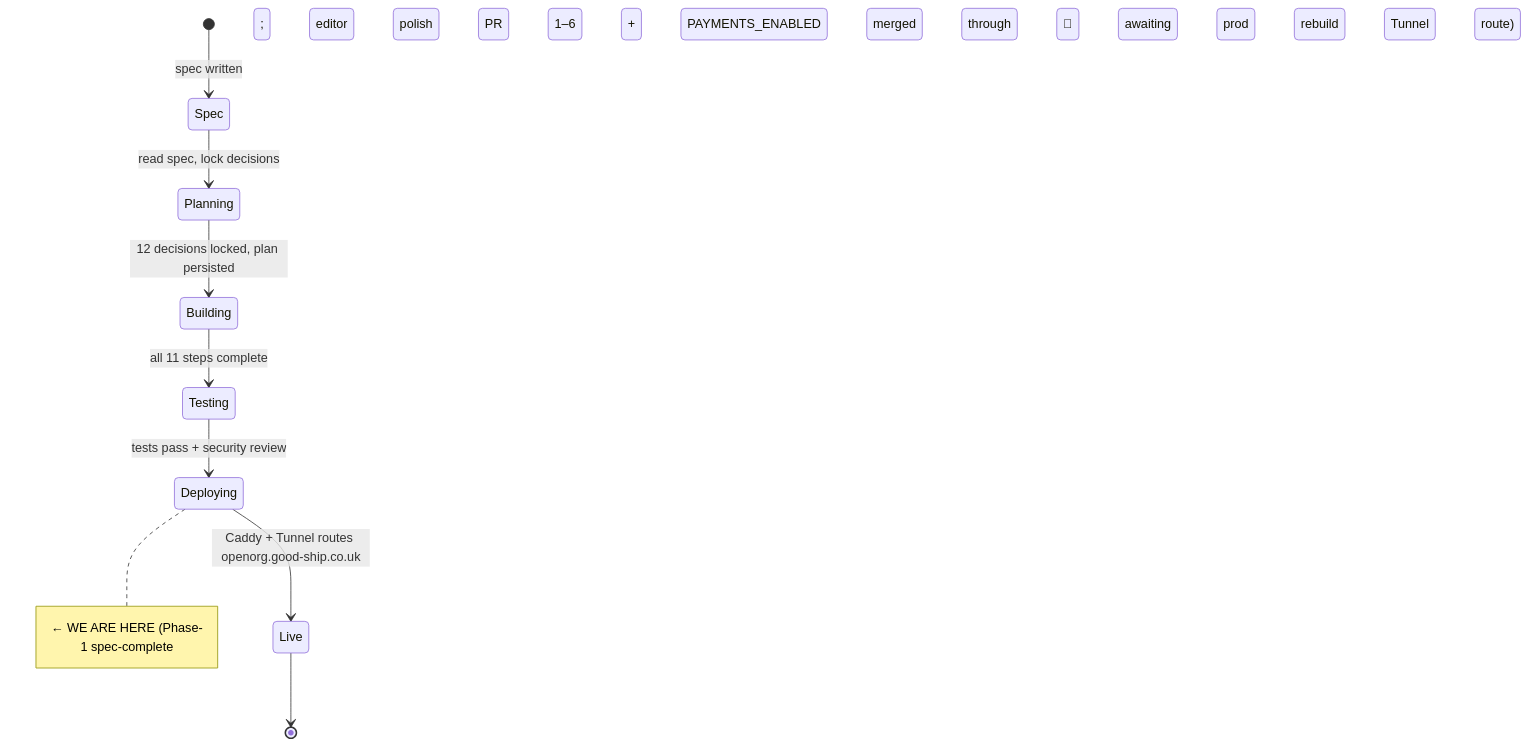
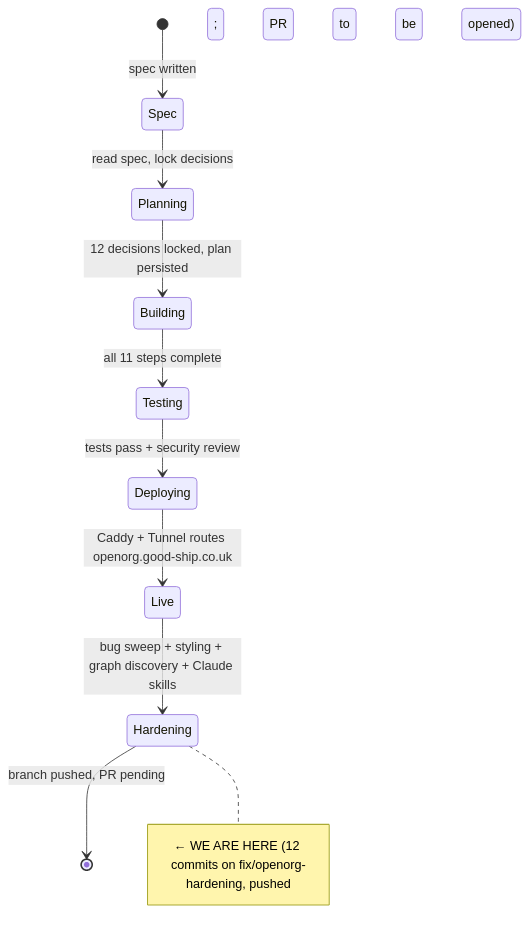
Before and after one commit to dataforaction-tom/llmstxt-social: the first of 2 diagrams in STATE.md, drawn with Mermaid. The commit also changed other lines of this file and 2 other files, not shown here.

Commit message:
docs: update STATE.md and HANDOFF.md for hardening session

````diff
--- a/STATE.md
+++ b/STATE.md
@@ -8,12 +8,13 @@
 ```mermaid
 stateDiagram-v2
     [*] --> Spec: spec written
     Spec --> Planning: read spec, lock decisions
     Planning --> Building: 12 decisions locked, plan persisted
     Building --> Testing: all 11 steps complete
     Testing --> Deploying: tests pass + security review
     Deploying --> Live: Caddy + Tunnel routes openorg.good-ship.co.uk
-    Live --> [*]
+    Live --> Hardening: bug sweep + styling + graph discovery + Claude skills
+    Hardening --> [*]: branch pushed, PR pending
 
-    note right of Deploying: ← WE ARE HERE (Phase-1 spec-complete; editor polish PR 1–6 + PAYMENTS_ENABLED merged through PR #19; awaiting prod rebuild + Tunnel route)
+    note right of Hardening: ← WE ARE HERE (12 commits on fix/openorg-hardening, pushed; PR to be opened)
 ```
````
